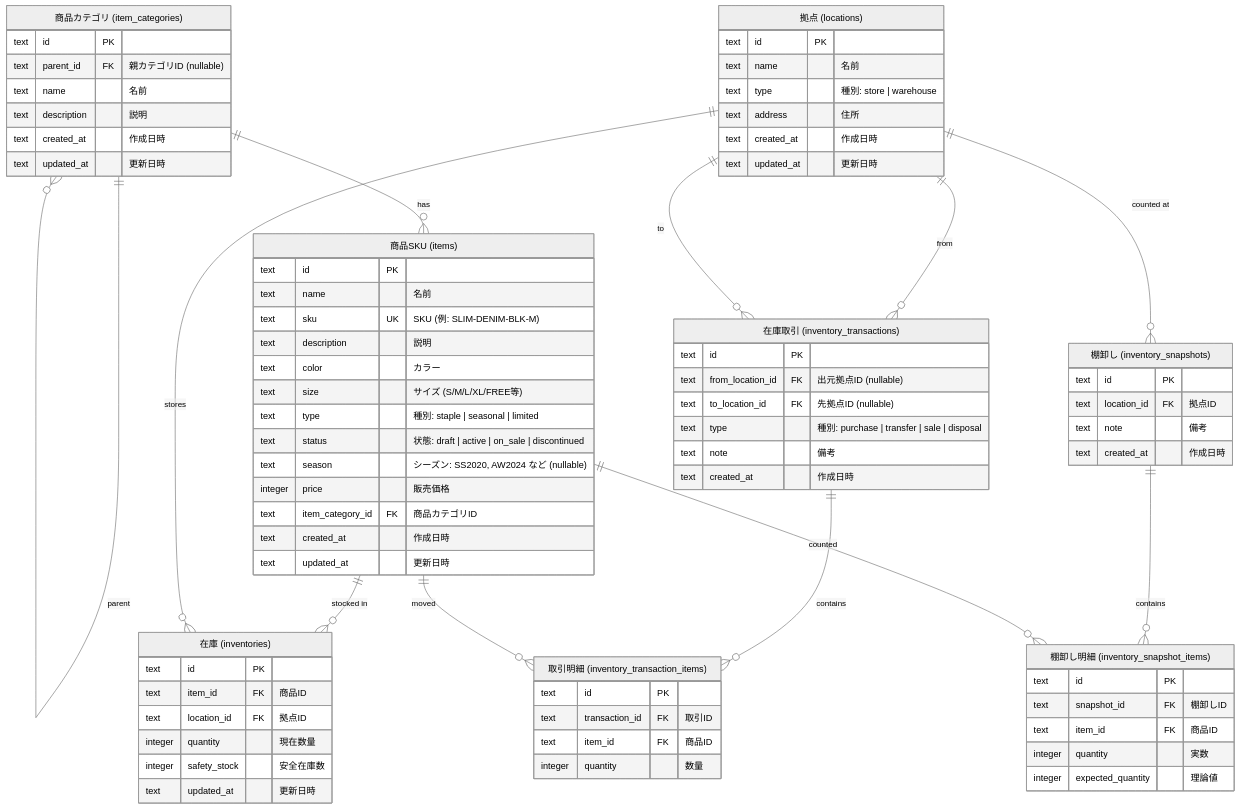
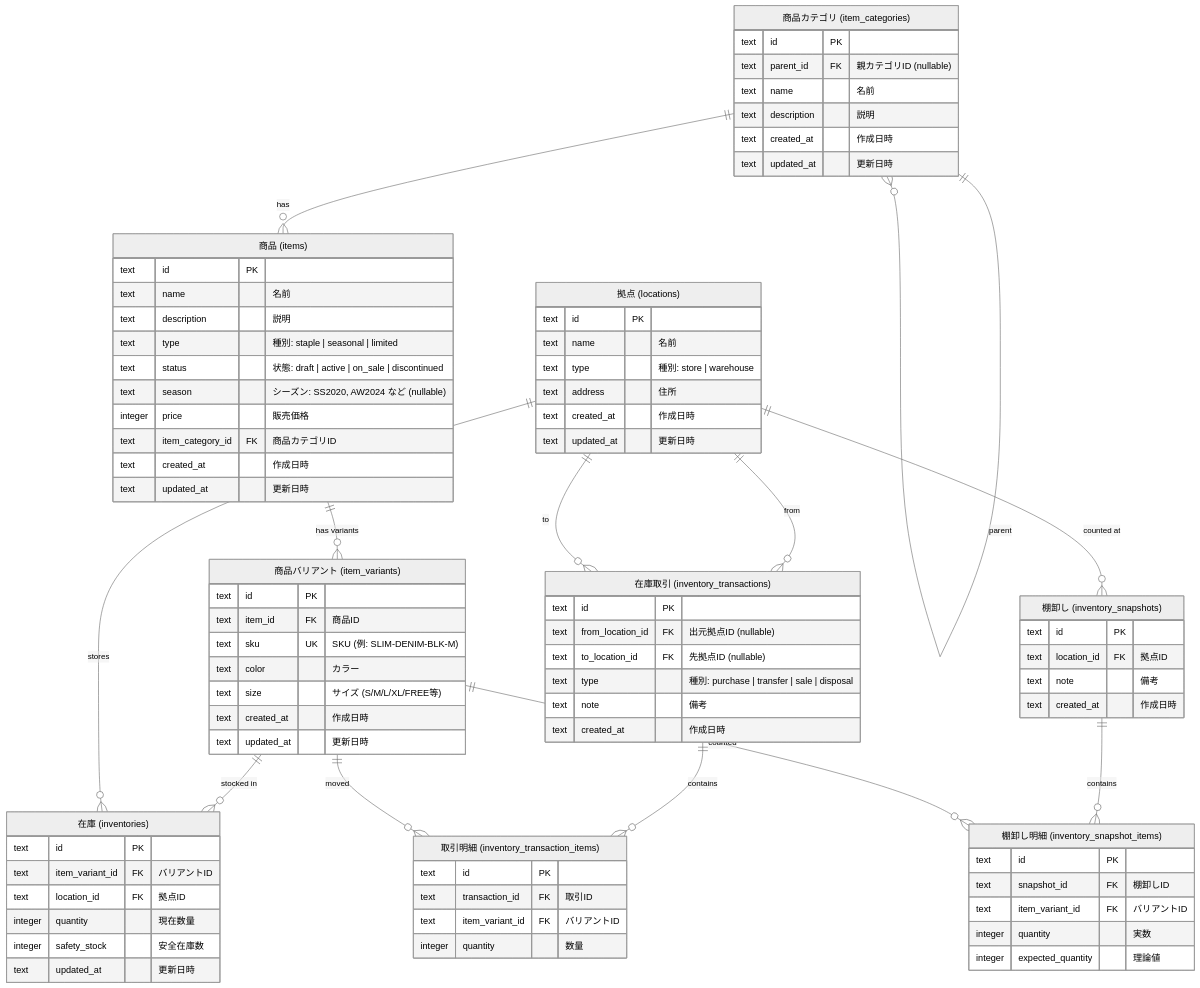
Before and after one commit to seekseep/inventory-management-api: the diagram in docs/er-diagram.md, drawn with Mermaid (neutral theme). The commit also changed 15 other files, not shown here.

````diff
--- a/docs/er-diagram.md
+++ b/docs/er-diagram.md
@@ -11,18 +11,25 @@
         text updated_at "更新日時"
     }
 
-    items["商品SKU (items)"] {
+    items["商品 (items)"] {
         text id PK
         text name "名前"
-        text sku UK "SKU (例: SLIM-DENIM-BLK-M)"
         text description "説明"
-        text color "カラー"
-        text size "サイズ (S/M/L/XL/FREE等)"
         text type "種別: staple | seasonal | limited"
         text status "状態: draft | active | on_sale | discontinued"
         text season "シーズン: SS2020, AW2024 など (nullable)"
         integer price "販売価格"
         text item_category_id FK "商品カテゴリID"
+        text created_at "作成日時"
+        text updated_at "更新日時"
+    }
+
+    item_variants["商品バリアント (item_variants)"] {
+        text id PK
+        text item_id FK "商品ID"
+        text sku UK "SKU (例: SLIM-DENIM-BLK-M)"
+        text color "カラー"
+        text size "サイズ (S/M/L/XL/FREE等)"
         text created_at "作成日時"
         text updated_at "更新日時"
     }
@@ -38,7 +45,7 @@
 
     inventories["在庫 (inventories)"] {
         text id PK
-        text item_id FK "商品ID"
+        text item_variant_id FK "バリアントID"
         text location_id FK "拠点ID"
         integer quantity "現在数量"
         integer safety_stock "安全在庫数"
@@ -57,7 +64,7 @@
     inventory_transaction_items["取引明細 (inventory_transaction_items)"] {
         text id PK
         text transaction_id FK "取引ID"
-        text item_id FK "商品ID"
+        text item_variant_id FK "バリアントID"
         integer quantity "数量"
     }
 
@@ -71,20 +78,21 @@
     inventory_snapshot_items["棚卸し明細 (inventory_snapshot_items)"] {
         text id PK
         text snapshot_id FK "棚卸しID"
-        text item_id FK "商品ID"
+        text item_variant_id FK "バリアントID"
         integer quantity "実数"
         integer expected_quantity "理論値"
     }
 
     item_categories ||--o{ item_categories : "parent"
     item_categories ||--o{ items : "has"
-    items ||--o{ inventories : "stocked in"
+    items ||--o{ item_variants : "has variants"
+    item_variants ||--o{ inventories : "stocked in"
     locations ||--o{ inventories : "stores"
     locations ||--o{ inventory_transactions : "from"
     locations ||--o{ inventory_transactions : "to"
     inventory_transactions ||--o{ inventory_transaction_items : "contains"
-    items ||--o{ inventory_transaction_items : "moved"
+    item_variants ||--o{ inventory_transaction_items : "moved"
     locations ||--o{ inventory_snapshots : "counted at"
     inventory_snapshots ||--o{ inventory_snapshot_items : "contains"
-    items ||--o{ inventory_snapshot_items : "counted"
+    item_variants ||--o{ inventory_snapshot_items : "counted"
 ```
````
